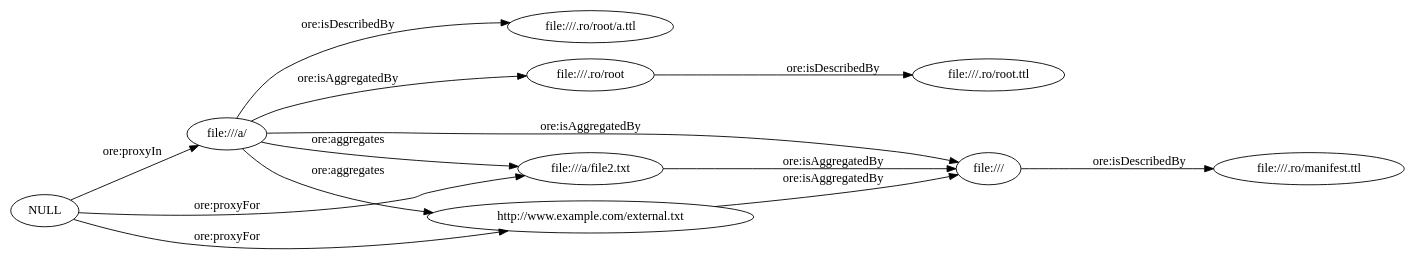
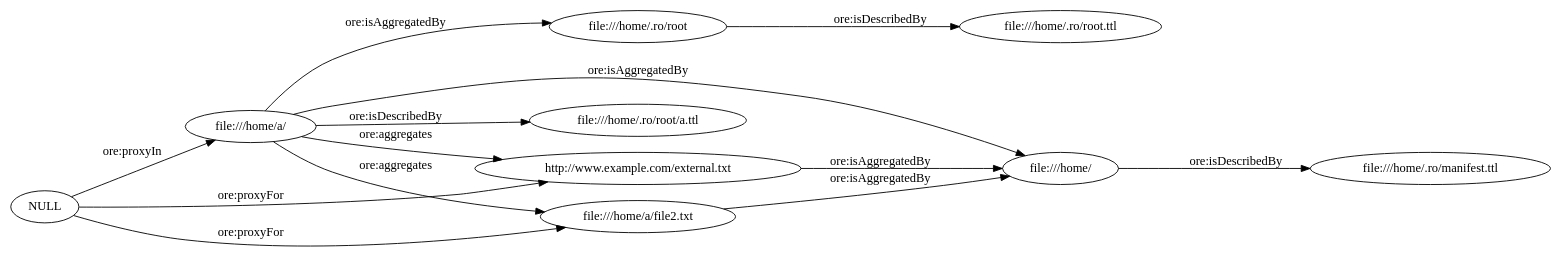
One commit to ahmad88me/ro changed the diagram in OnToology/examples/folders/.ro/root/a.ttl/diagrams/ar2dtool-class/a.ttl.png.dot. Above: the diagram before and after it, drawn with Graphviz. The commit also changed 231 other files, not shown here.

```diff
--- a/OnToology/examples/folders/.ro/root/a.ttl/diagrams/ar2dtool-class/a.ttl.png.dot
+++ b/OnToology/examples/folders/.ro/root/a.ttl/diagrams/ar2dtool-class/a.ttl.png.dot
@@ -1,17 +1,17 @@
 digraph ar2dtool_diagram { 
 rankdir=LR;
 size="1501"
-	"file:///.ro/root" -> "file:///.ro/root.ttl" [ label = "ore:isDescribedBy" ];
-	"file:///a/" -> "http://www.example.com/external.txt" [ label = "ore:aggregates" ];
-	"file:///a/" -> "file:///a/file2.txt" [ label = "ore:aggregates" ];
-	"file:///a/" -> "file:///.ro/root/a.ttl" [ label = "ore:isDescribedBy" ];
-	"file:///a/" -> "file:///.ro/root" [ label = "ore:isAggregatedBy" ];
-	"file:///a/" -> "file:///" [ label = "ore:isAggregatedBy" ];
-	"http://www.example.com/external.txt" -> "file:///" [ label = "ore:isAggregatedBy" ];
-	"file:///a/file2.txt" -> "file:///" [ label = "ore:isAggregatedBy" ];
-	"NULL" -> "file:///a/file2.txt" [ label = "ore:proxyFor" ];
-	"NULL" -> "file:///a/" [ label = "ore:proxyIn" ];
+	"http://www.example.com/external.txt" -> "file:///home/" [ label = "ore:isAggregatedBy" ];
+	"file:///home/" -> "file:///home/.ro/manifest.ttl" [ label = "ore:isDescribedBy" ];
+	"file:///home/a/" -> "http://www.example.com/external.txt" [ label = "ore:aggregates" ];
+	"file:///home/a/" -> "file:///home/a/file2.txt" [ label = "ore:aggregates" ];
+	"file:///home/a/" -> "file:///home/.ro/root/a.ttl" [ label = "ore:isDescribedBy" ];
+	"file:///home/a/" -> "file:///home/.ro/root" [ label = "ore:isAggregatedBy" ];
+	"file:///home/a/" -> "file:///home/" [ label = "ore:isAggregatedBy" ];
+	"NULL" -> "file:///home/a/file2.txt" [ label = "ore:proxyFor" ];
+	"NULL" -> "file:///home/a/" [ label = "ore:proxyIn" ];
 	"NULL" -> "http://www.example.com/external.txt" [ label = "ore:proxyFor" ];
-	"file:///" -> "file:///.ro/manifest.ttl" [ label = "ore:isDescribedBy" ];
+	"file:///home/.ro/root" -> "file:///home/.ro/root.ttl" [ label = "ore:isDescribedBy" ];
+	"file:///home/a/file2.txt" -> "file:///home/" [ label = "ore:isAggregatedBy" ];
 
 }
```
